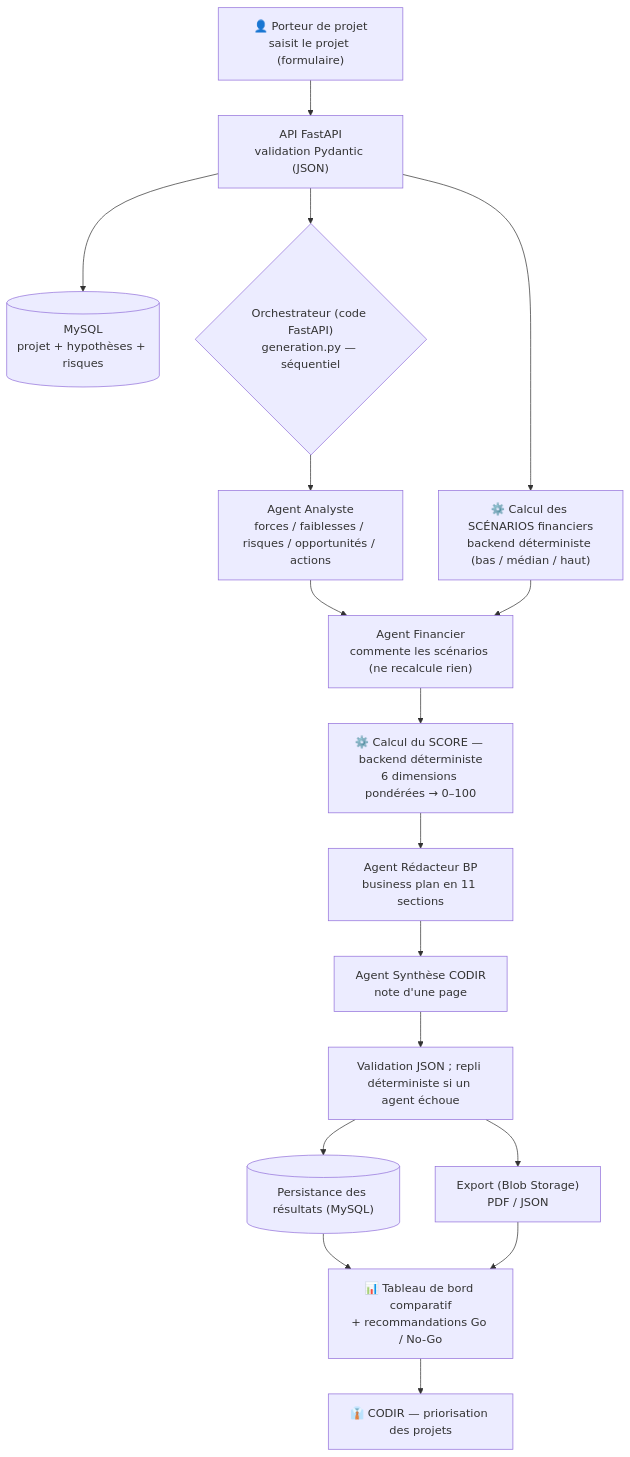
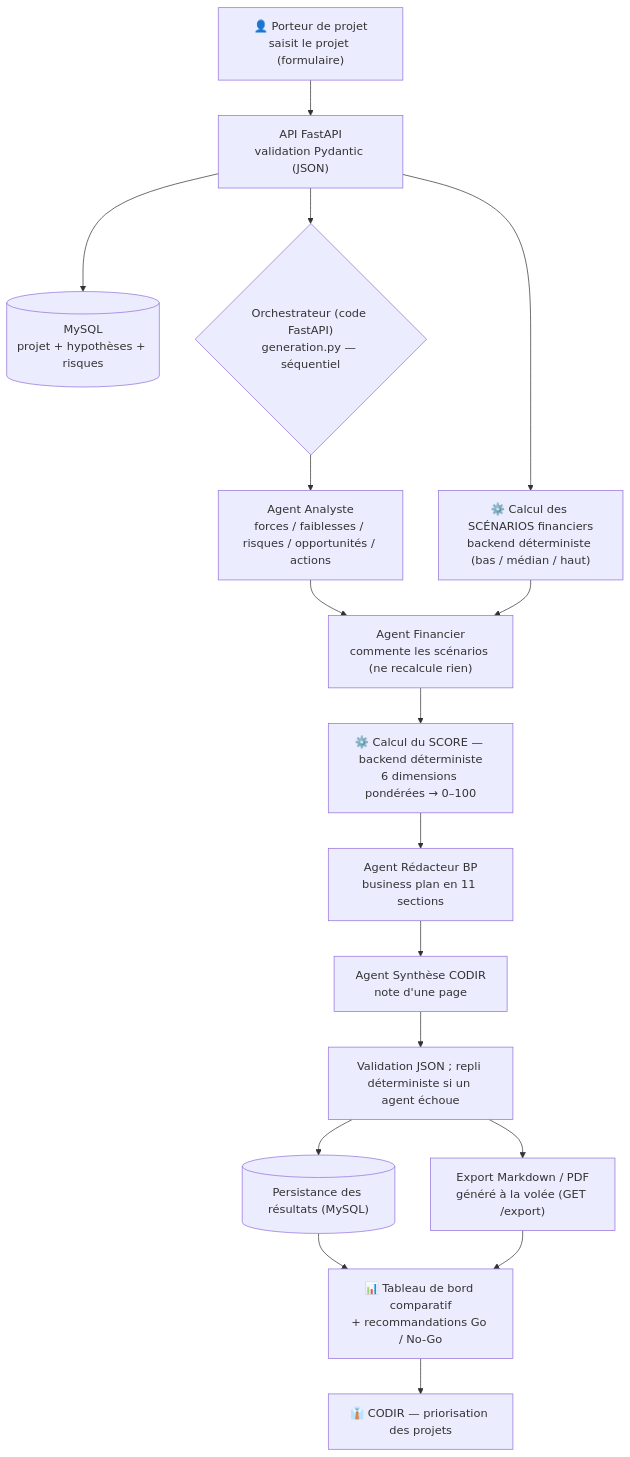
One commit to BenjGue/emba-bp-analyst changed the second of 3 diagrams in docs/diagrammes.md. Above: the diagram before and after it, drawn with Mermaid. The commit also changed other lines of this file and 4 other files, not shown here.

Commit message:
docs: aligne la doc sur l'implementation reelle (frontend FastAPI, exports a la volee, infra non provisionnee en roadmap, scenarios bas/median/haut, seuils Go/No-Go) (BIZ-92)

````diff
--- a/docs/diagrammes.md
+++ b/docs/diagrammes.md
@@ -77,19 +72,19 @@
 ```mermaid
 flowchart TD
     A["👤 Porteur de projet<br/>saisit le projet (formulaire)"] --> B["API FastAPI<br/>validation Pydantic (JSON)"]
     B --> C[("MySQL<br/>projet + hypothèses + risques")]
     B --> D{"Orchestrateur (code FastAPI)<br/>generation.py — séquentiel"}
     B --> S["⚙️ Calcul des SCÉNARIOS financiers<br/>backend déterministe (bas / médian / haut)"]
     D --> E["Agent Analyste<br/>forces / faiblesses / risques / opportunités / actions"]
     E --> F["Agent Financier<br/>commente les scénarios (ne recalcule rien)"]
     S --> F
     F --> G["⚙️ Calcul du SCORE — backend déterministe<br/>6 dimensions pondérées → 0–100"]
     G --> H["Agent Rédacteur BP<br/>business plan en 11 sections"]
     H --> I["Agent Synthèse CODIR<br/>note d'une page"]
     I --> J["Validation JSON ; repli déterministe si un agent échoue"]
     J --> K[("Persistance des résultats (MySQL)")]
-    J --> L["Export (Blob Storage)<br/>PDF / JSON"]
+    J --> L["Export Markdown / PDF<br/>généré à la volée (GET /export)"]
     K --> M["📊 Tableau de bord comparatif<br/>+ recommandations Go / No-Go"]
     L --> M
     M --> N["👔 CODIR — priorisation des projets"]
 ```
````
